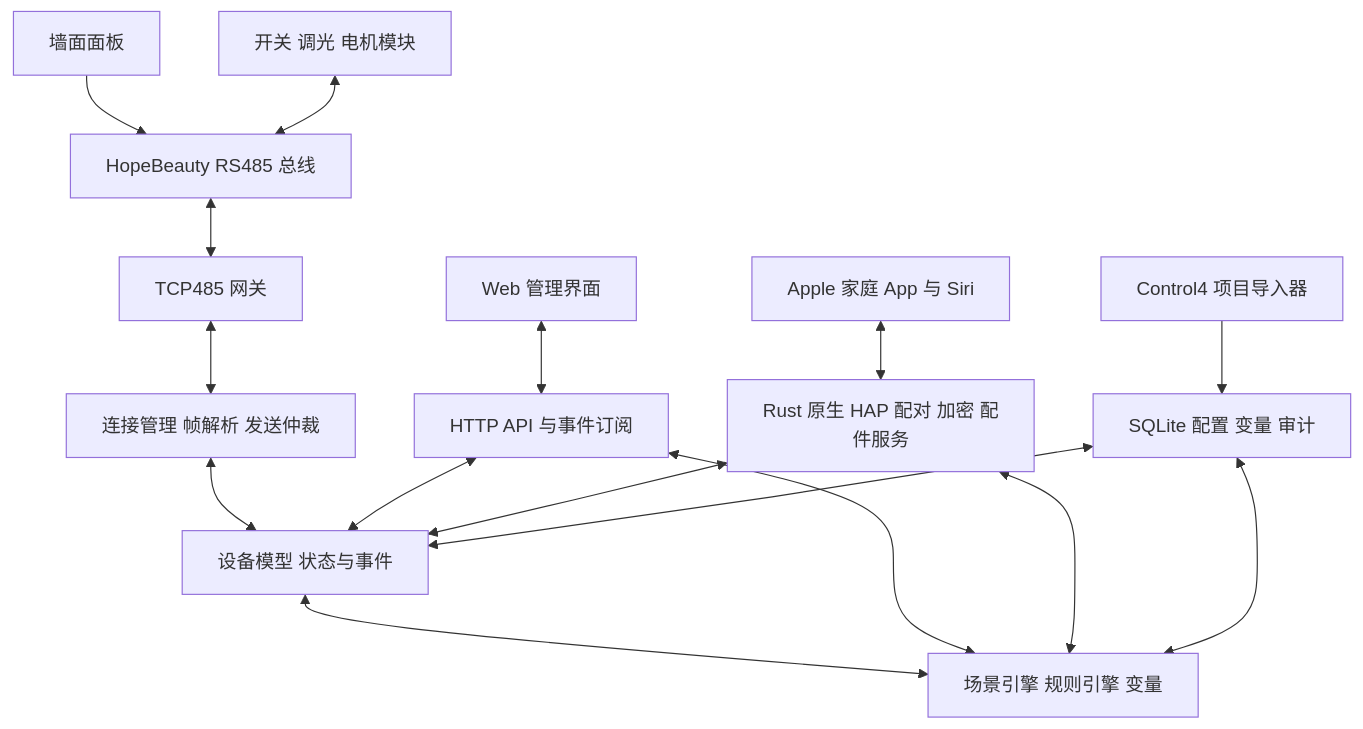
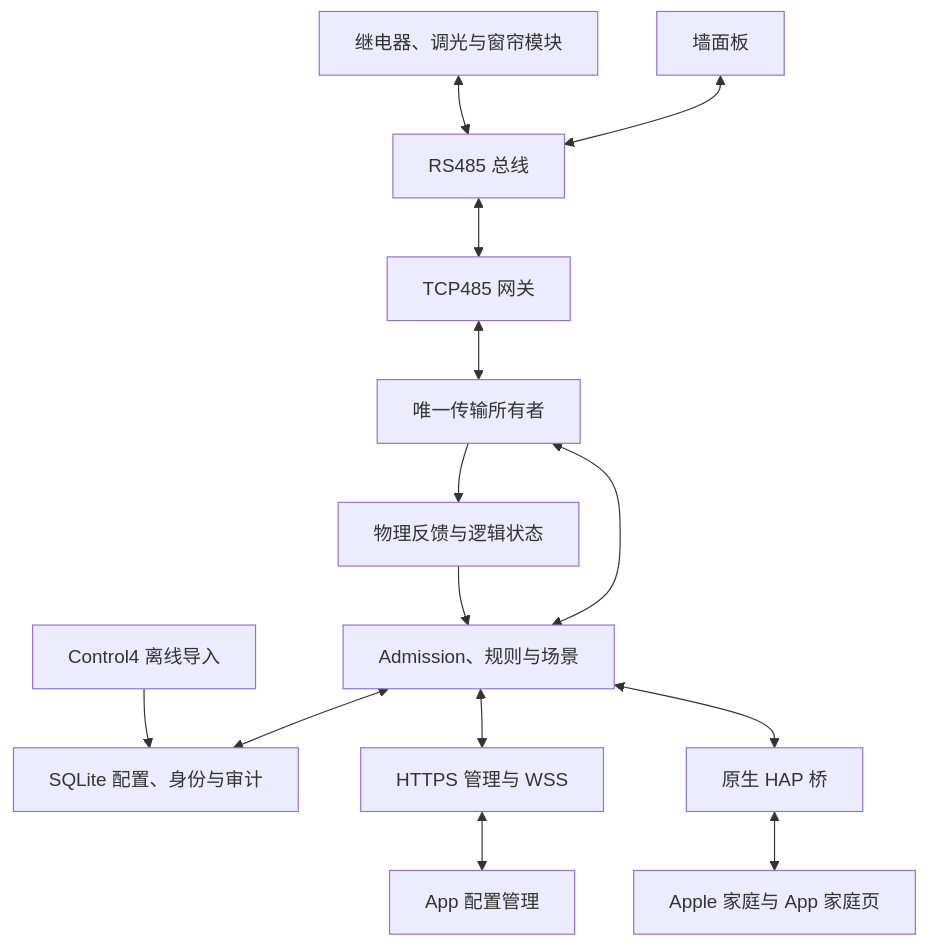
One commit to charwliu/homesense changed the diagram in docs/design.md. Above: the diagram before and after it, drawn with Mermaid. The commit also changed other lines of this file and 55 other files, not shown here.

````diff
--- a/docs/design.md
+++ b/docs/design.md
@@ -68,18 +7,16 @@
 ```mermaid
 flowchart TD
-    Panel["墙面面板"] --> Bus["HopeBeauty RS485 总线"]
-    Modules["开关 调光 电机模块"] <--> Bus
-    Bus <--> Bridge["TCP485 网关"]
-    Bridge <--> Driver["连接管理 帧解析 发送仲裁"]
-    Driver <--> State["设备模型 状态与事件"]
-    State <--> Engine["场景引擎 规则引擎 变量"]
-    API["HTTP API 与事件订阅"] <--> State
-    API <--> Engine
-    UI["Web 管理界面"] <--> API
-    Apple["Apple 家庭 App 与 Siri"] <--> HAP["Rust 原生 HAP 配对 加密 配件服务"]
-    HAP <--> State
-    HAP <--> Engine
-    DB["SQLite 配置 变量 审计"] <--> State
-    DB <--> Engine
-    Import["Control4 项目导入器"] --> DB
+    Wall[墙面板] <--> Bus[RS485 总线]
+    Loads[继电器、调光与窗帘模块] <--> Bus
+    Bus <--> Gateway[TCP485 网关]
+    Gateway <--> Owner[唯一传输所有者]
+    Owner <--> Runtime[Admission、规则与场景]
+    Owner --> Feedback[物理反馈与逻辑状态]
+    Feedback --> Runtime
+    Runtime <--> Storage[SQLite 配置、身份与审计]
+    Runtime <--> API[HTTPS 管理与 WSS]
+    Runtime <--> HAP[原生 HAP 桥]
+    HAP <--> Apple[Apple 家庭与 App 家庭页]
+    API <--> Admin[App 配置管理]
+    Import[Control4 离线导入] --> Storage
 ```
````
